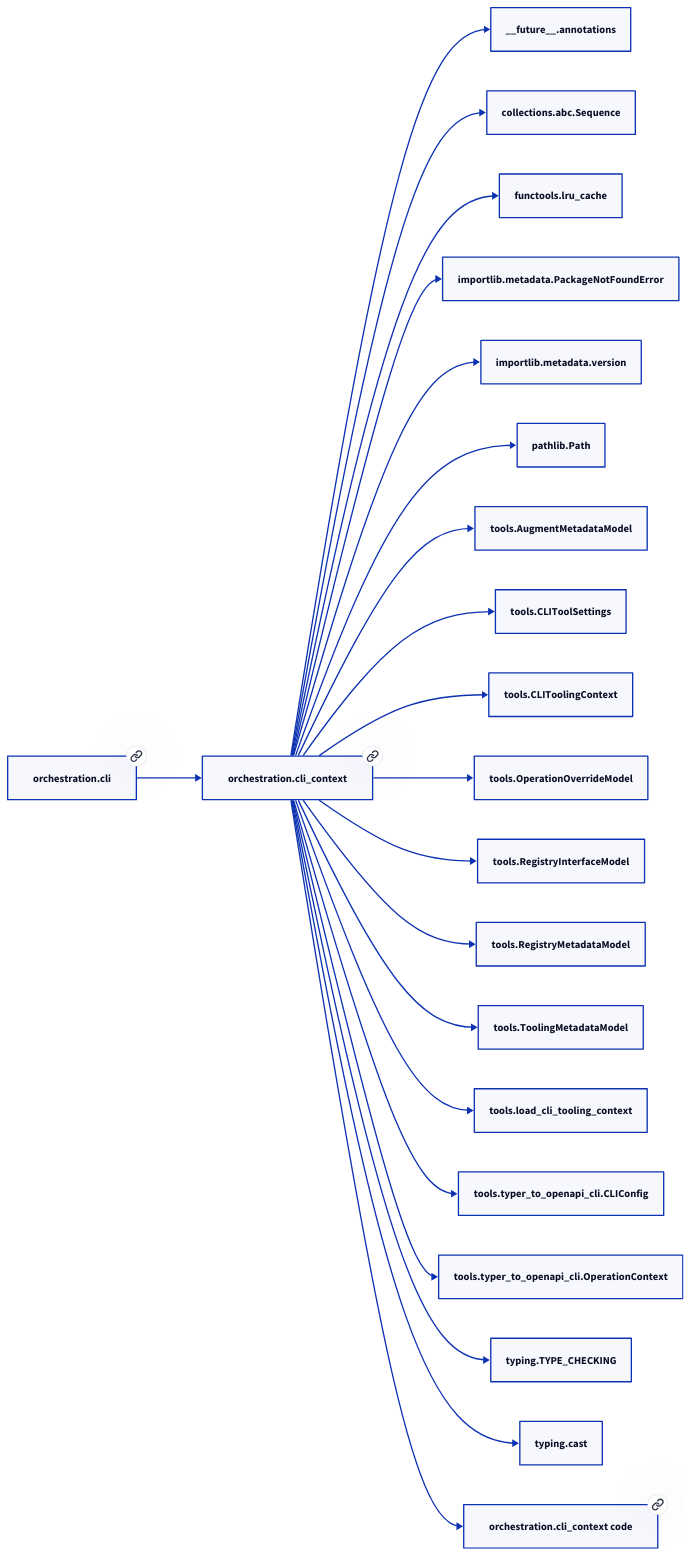
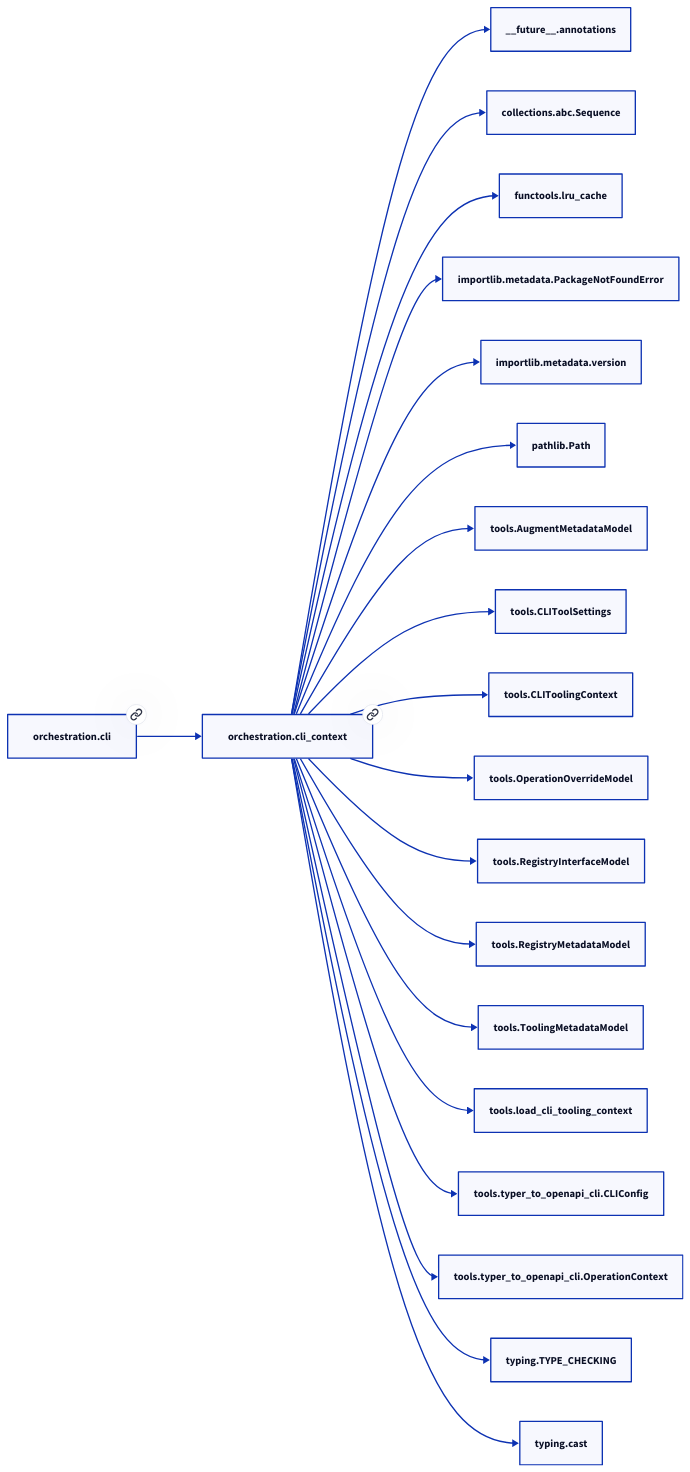
Before and after one commit to paul-heyse/kgforge: the diagram in docs/modules/orchestration/cli_context.md, drawn with D2. The commit also changed other lines of this file and 118 other files, not shown here.

````diff
--- a/docs/modules/orchestration/cli_context.md
+++ b/docs/modules/orchestration/cli_context.md
@@ -69,44 +67,42 @@
 ```d2
 direction: right
-"orchestration.cli_context": "orchestration.cli_context" { link: "./orchestration/cli_context.md" }
+"orchestration.cli_context": "orchestration.cli_context" { link: "cli_context.md" }
 "__future__.annotations": "__future__.annotations"
 "orchestration.cli_context" -> "__future__.annotations"
 "collections.abc.Sequence": "collections.abc.Sequence"
 "orchestration.cli_context" -> "collections.abc.Sequence"
 "functools.lru_cache": "functools.lru_cache"
 "orchestration.cli_context" -> "functools.lru_cache"
 "importlib.metadata.PackageNotFoundError": "importlib.metadata.PackageNotFoundError"
 "orchestration.cli_context" -> "importlib.metadata.PackageNotFoundError"
 "importlib.metadata.version": "importlib.metadata.version"
 "orchestration.cli_context" -> "importlib.metadata.version"
 "pathlib.Path": "pathlib.Path"
 "orchestration.cli_context" -> "pathlib.Path"
 "tools.AugmentMetadataModel": "tools.AugmentMetadataModel"
 "orchestration.cli_context" -> "tools.AugmentMetadataModel"
 "tools.CLIToolSettings": "tools.CLIToolSettings"
 "orchestration.cli_context" -> "tools.CLIToolSettings"
 "tools.CLIToolingContext": "tools.CLIToolingContext"
 "orchestration.cli_context" -> "tools.CLIToolingContext"
 "tools.OperationOverrideModel": "tools.OperationOverrideModel"
 "orchestration.cli_context" -> "tools.OperationOverrideModel"
 "tools.RegistryInterfaceModel": "tools.RegistryInterfaceModel"
 "orchestration.cli_context" -> "tools.RegistryInterfaceModel"
 "tools.RegistryMetadataModel": "tools.RegistryMetadataModel"
 "orchestration.cli_context" -> "tools.RegistryMetadataModel"
 "tools.ToolingMetadataModel": "tools.ToolingMetadataModel"
 "orchestration.cli_context" -> "tools.ToolingMetadataModel"
 "tools.load_cli_tooling_context": "tools.load_cli_tooling_context"
 "orchestration.cli_context" -> "tools.load_cli_tooling_context"
 "tools.typer_to_openapi_cli.CLIConfig": "tools.typer_to_openapi_cli.CLIConfig"
 "orchestration.cli_context" -> "tools.typer_to_openapi_cli.CLIConfig"
 "tools.typer_to_openapi_cli.OperationContext": "tools.typer_to_openapi_cli.OperationContext"
 "orchestration.cli_context" -> "tools.typer_to_openapi_cli.OperationContext"
 "typing.TYPE_CHECKING": "typing.TYPE_CHECKING"
 "orchestration.cli_context" -> "typing.TYPE_CHECKING"
 "typing.cast": "typing.cast"
 "orchestration.cli_context" -> "typing.cast"
-"orchestration.cli": "orchestration.cli" { link: "./orchestration/cli.md" }
+"orchestration.cli": "orchestration.cli" { link: "cli.md" }
 "orchestration.cli" -> "orchestration.cli_context"
-"orchestration.cli_context_code": "orchestration.cli_context code" { link: "https://github.com/kgfoundry/kgfoundry/blob/main/src/orchestration/cli_context.py" }
-"orchestration.cli_context" -> "orchestration.cli_context_code" { style: dashed }
 ```
````
